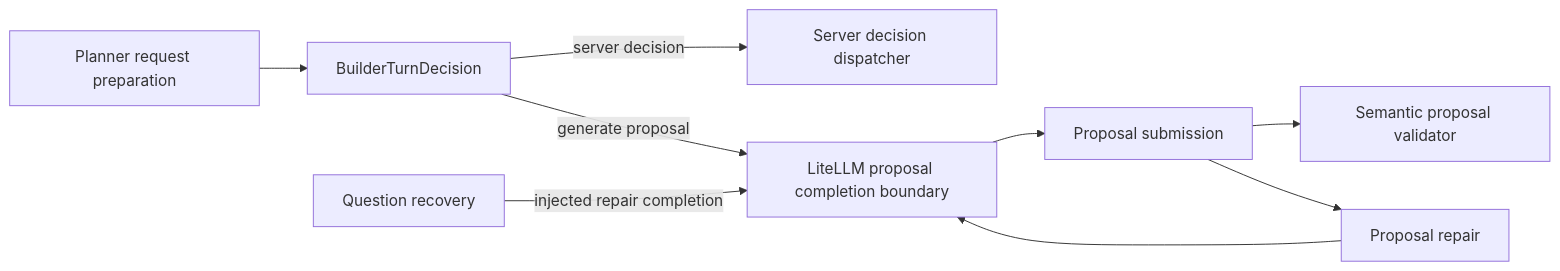
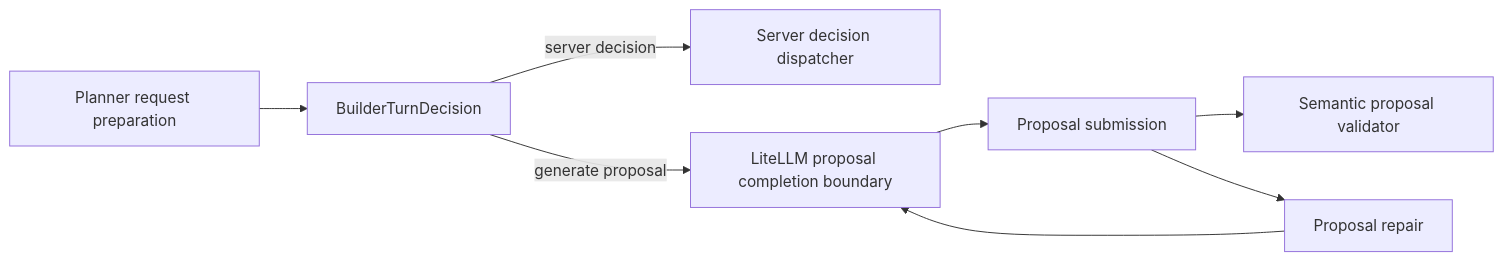
Before and after one commit to eneo-ai/eneo: the second of 2 diagrams in docs/flows/flow-ai-builder-phase4-completion-and-phase5a-gate.md, drawn with Mermaid. The commit also changed other lines of this file and 24 other files, not shown here.

````diff
--- a/docs/flows/flow-ai-builder-phase4-completion-and-phase5a-gate.md
+++ b/docs/flows/flow-ai-builder-phase4-completion-and-phase5a-gate.md
@@ -59,18 +59,16 @@
 ```mermaid
 flowchart LR
   Prompt["Planner request preparation"]
   Decision["BuilderTurnDecision"]
   ServerDispatch["Server decision dispatcher"]
   Completion["LiteLLM proposal completion boundary"]
   Semantic["Semantic proposal validator"]
   Proposal["Proposal submission"]
   Repair["Proposal repair"]
-  QR["Question recovery"]
 
   Prompt --> Decision
   Decision -->|"server decision"| ServerDispatch
   Decision -->|"generate proposal"| Completion --> Proposal
   Proposal --> Semantic
   Proposal --> Repair --> Completion
-  QR -->|"injected repair completion"| Completion
 ```
````
